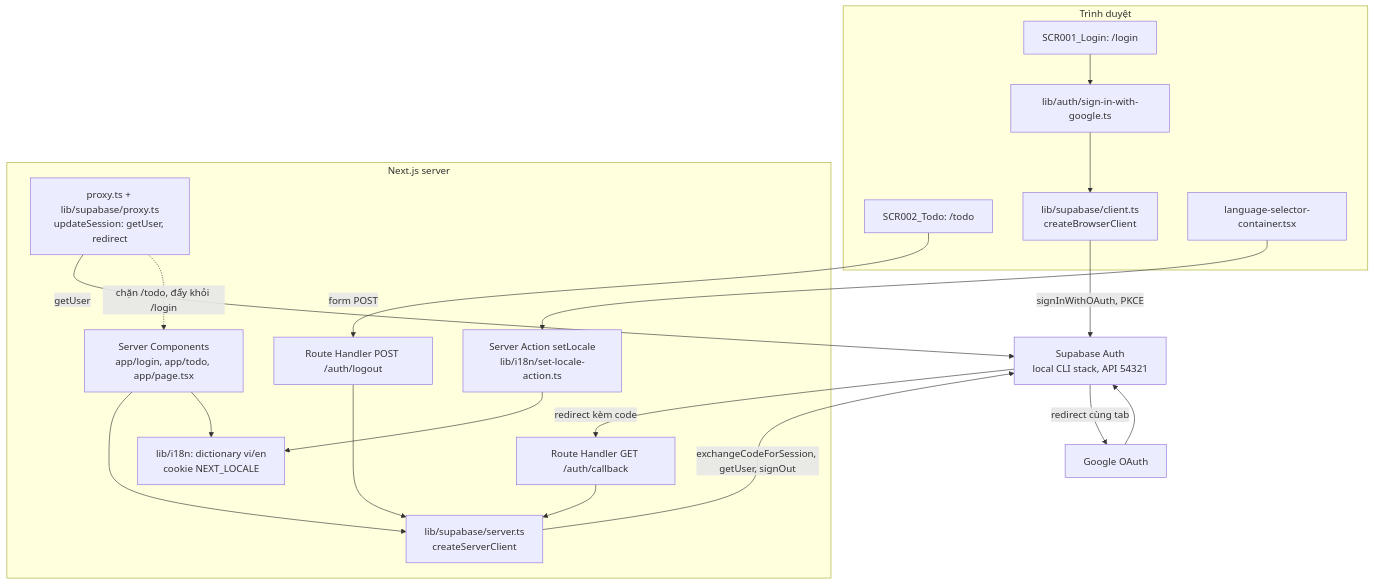
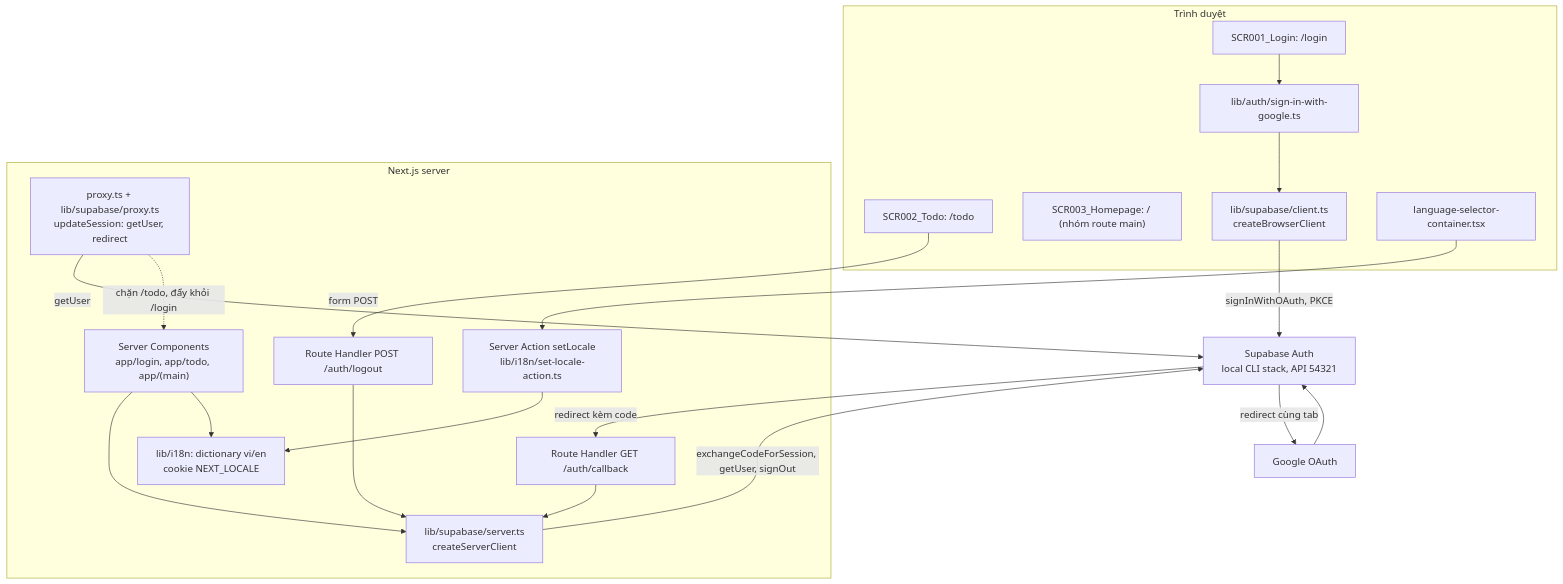
One commit to ngocnv-0940/agentic-coding-hands-on changed the first of 2 diagrams in docs/system/architecture.md. Above: the diagram before and after it, drawn with Mermaid. The commit also changed other lines of this file and 19 other files, not shown here.

````diff
--- a/docs/system/architecture.md
+++ b/docs/system/architecture.md
@@ -7,37 +7,38 @@
 ```mermaid
 graph TB
     subgraph Browser["Trình duyệt"]
         LOGIN["SCR001_Login: /login"]
         TODO["SCR002_Todo: /todo"]
+        HOME["SCR003_Homepage: / (nhóm route main)"]
         BC["lib/supabase/client.ts<br/>createBrowserClient"]
         SIGN["lib/auth/sign-in-with-google.ts"]
         LSEL["language-selector-container.tsx"]
     end
     subgraph Next["Next.js server"]
         PX["proxy.ts + lib/supabase/proxy.ts<br/>updateSession: getUser, redirect"]
-        PG["Server Components<br/>app/login, app/todo, app/page.tsx"]
+        PG["Server Components<br/>app/login, app/todo, app/(main)"]
         CB["Route Handler GET /auth/callback"]
         LO["Route Handler POST /auth/logout"]
         SA["Server Action setLocale<br/>lib/i18n/set-locale-action.ts"]
         SC["lib/supabase/server.ts<br/>createServerClient"]
         I18N["lib/i18n: dictionary vi/en<br/>cookie NEXT_LOCALE"]
     end
     SB["Supabase Auth<br/>local CLI stack, API 54321"]
     G["Google OAuth"]
 
     LOGIN --> SIGN --> BC
     BC -->|"signInWithOAuth, PKCE"| SB
     SB -->|"redirect cùng tab"| G
     G --> SB
     SB -->|"redirect kèm code"| CB
     CB --> SC
     LO --> SC
     PG --> SC
     SC -->|"exchangeCodeForSession, getUser, signOut"| SB
     PX -->|"getUser"| SB
     PX -.->|"chặn /todo, đẩy khỏi /login"| PG
     TODO -->|"form POST"| LO
     LSEL --> SA
     SA --> I18N
     PG --> I18N
 ```
````
